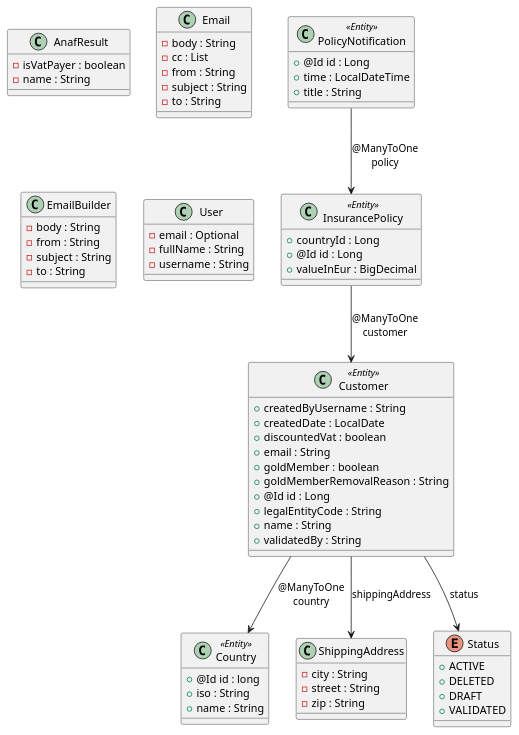
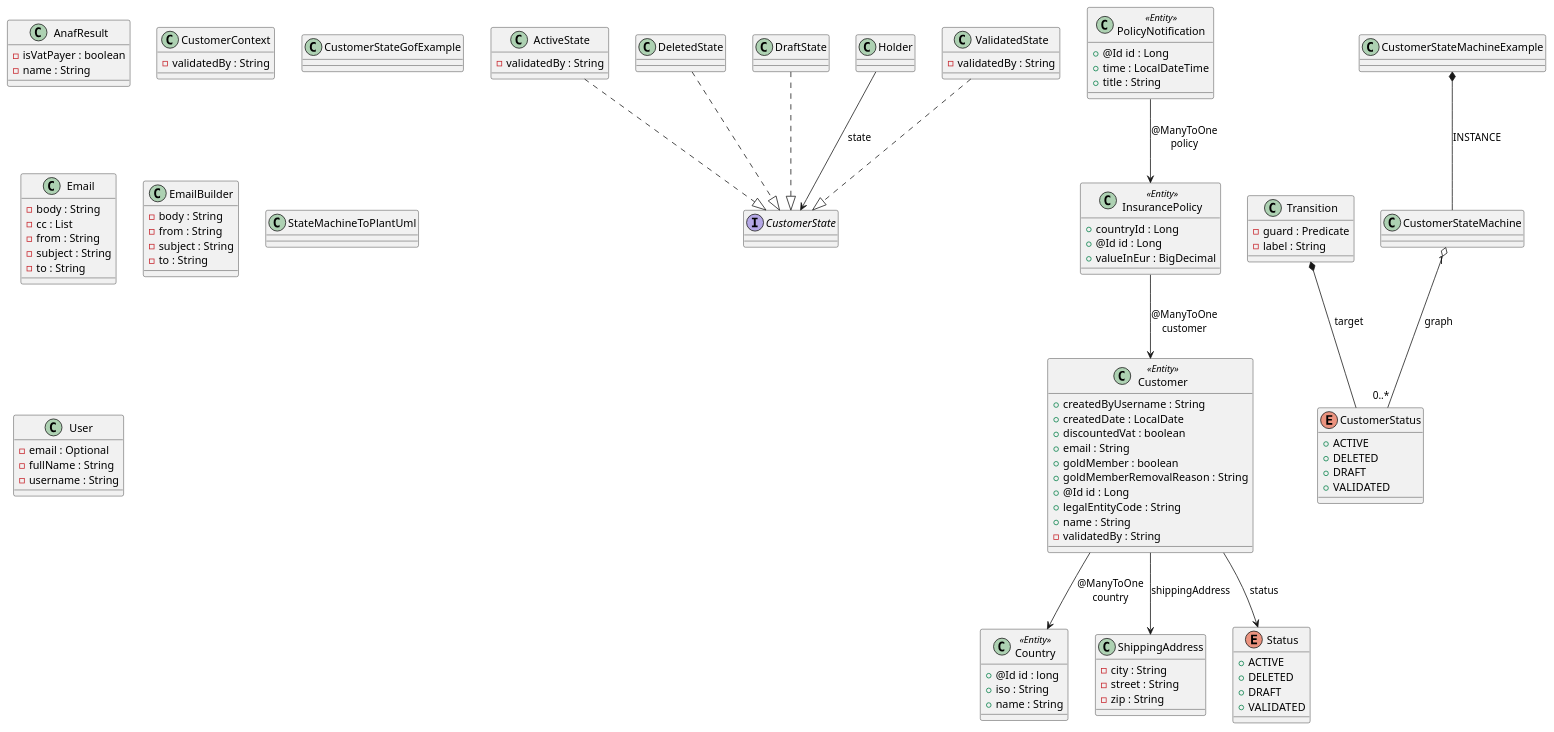
One commit to victorrentea/clean-architecture changed the diagram in clean-application/domain.puml. Above: the diagram before and after it, drawn with PlantUML. The commit also changed 13 other files, not shown here.

```diff
--- a/clean-application/domain.puml
+++ b/clean-application/domain.puml
@@ -1,92 +1,161 @@
 @startuml
+
+class ActiveState {
+	{field} -validatedBy : String
+}
+
 
 class AnafResult {
 	{field} -isVatPayer : boolean
 	{field} -name : String
 }
 
 
 class Country <<Entity>>  {
 	{field} +@Id id : long
 	{field} +iso : String
 	{field} +name : String
 }
 
 
 class Customer <<Entity>>  {
 	{field} +createdByUsername : String
 	{field} +createdDate : LocalDate
 	{field} +discountedVat : boolean
 	{field} +email : String
 	{field} +goldMember : boolean
 	{field} +goldMemberRemovalReason : String
 	{field} +@Id id : Long
 	{field} +legalEntityCode : String
 	{field} +name : String
-	{field} +validatedBy : String
+	{field} -validatedBy : String
+}
+
+
+class CustomerContext {
+	{field} -validatedBy : String
+}
+
+
+interface CustomerState {
+}
+
+
+class CustomerStateGofExample {
+}
+
+
+class CustomerStateMachine {
+}
+
+
+class CustomerStateMachineExample {
+}
+
+
+enum CustomerStatus {
+	{field} +ACTIVE
+	{field} +DELETED
+	{field} +DRAFT
+	{field} +VALIDATED
+}
+
+
+class DeletedState {
+}
+
+
+class DraftState {
 }
 
 
 class Email {
 	{field} -body : String
 	{field} -cc : List
 	{field} -from : String
 	{field} -subject : String
 	{field} -to : String
 }
 
 
 class EmailBuilder {
 	{field} -body : String
 	{field} -from : String
 	{field} -subject : String
 	{field} -to : String
+}
+
+
+class Holder {
 }
 
 
 class InsurancePolicy <<Entity>>  {
 	{field} +countryId : Long
 	{field} +@Id id : Long
 	{field} +valueInEur : BigDecimal
 }
 
 
 class PolicyNotification <<Entity>>  {
 	{field} +@Id id : Long
 	{field} +time : LocalDateTime
 	{field} +title : String
 }
 
 
 class ShippingAddress {
 	{field} -city : String
 	{field} -street : String
 	{field} -zip : String
 }
 
 
+class StateMachineToPlantUml {
+}
+
+
 enum Status {
 	{field} +ACTIVE
 	{field} +DELETED
 	{field} +DRAFT
 	{field} +VALIDATED
+}
+
+
+class Transition {
+	{field} -guard : Predicate
+	{field} -label : String
 }
 
 
 class User {
 	{field} -email : Optional
 	{field} -fullName : String
 	{field} -username : String
 }
 
 
+class ValidatedState {
+	{field} -validatedBy : String
+}
 
 
+
+
+ActiveState ..|>  CustomerState
 Customer -->  Country :  @ManyToOne\ncountry
 Customer -->  ShippingAddress : shippingAddress
 Customer -->  Status : status
+CustomerStateMachine "1" o-- "0..*"  CustomerStatus : graph
+CustomerStateMachineExample *--  CustomerStateMachine : INSTANCE
+DeletedState ..|>  CustomerState
+DraftState ..|>  CustomerState
+Holder -->  CustomerState : state
 InsurancePolicy -->  Customer :  @ManyToOne\ncustomer
 PolicyNotification -->  InsurancePolicy :  @ManyToOne\npolicy
+Transition *--  CustomerStatus : target
+ValidatedState ..|>  CustomerState
 
 
 @enduml
```
